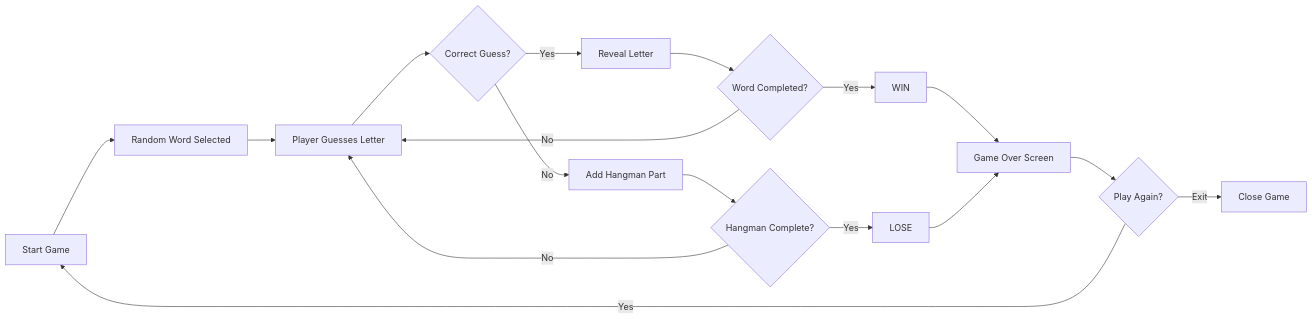
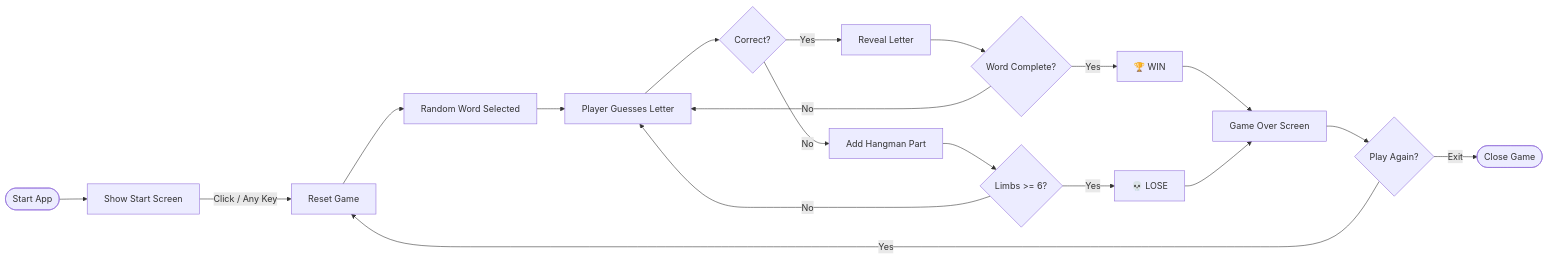
One commit to Subhadip-Paul2006/Games-Using-Python changed the second of 4 diagrams in Hangman/README.md. Above: the diagram before and after it, drawn with Mermaid. The commit also changed other lines of this file and 10 other files, not shown here.

````diff
--- a/Hangman/README.md
+++ b/Hangman/README.md
@@ -57,28 +83,25 @@
 ```mermaid
 flowchart LR
+    A([Start App]) --> B[Show Start Screen]
+    B -- "Click / Any Key" --> C[Reset Game]
+    C --> D[Random Word Selected]
+    D --> E[Player Guesses Letter]
 
-A[Start Game] --> B[Random Word Selected]
-B --> C[Player Guesses Letter]
+    E --> F{Correct?}
 
-C --> D{Correct Guess?}
+    F -- "Yes" --> G[Reveal Letter]
+    G --> H{Word Complete?}
+    H -- "Yes" --> I[🏆 WIN]
+    H -- "No" --> E
 
-D -->|Yes| E[Reveal Letter]
-E --> F{Word Completed?}
+    F -- "No" --> J[Add Hangman Part]
+    J --> K{Limbs >= 6?}
+    K -- "Yes" --> L[💀 LOSE]
+    K -- "No" --> E
 
-F -->|Yes| G[WIN]
-F -->|No| C
-
-D -->|No| H[Add Hangman Part]
-H --> I{Hangman Complete?}
-
-I -->|Yes| J[LOSE]
-I -->|No| C
-
-G --> K[Game Over Screen]
-J --> K
-
-K --> L{Play Again?}
-
-L -->|Yes| A
-L -->|Exit| M[Close Game]
+    I --> M[Game Over Screen]
+    L --> M
+    M --> N{Play Again?}
+    N -- "Yes" --> C
+    N -- "Exit" --> O([Close Game])
 ```
````
